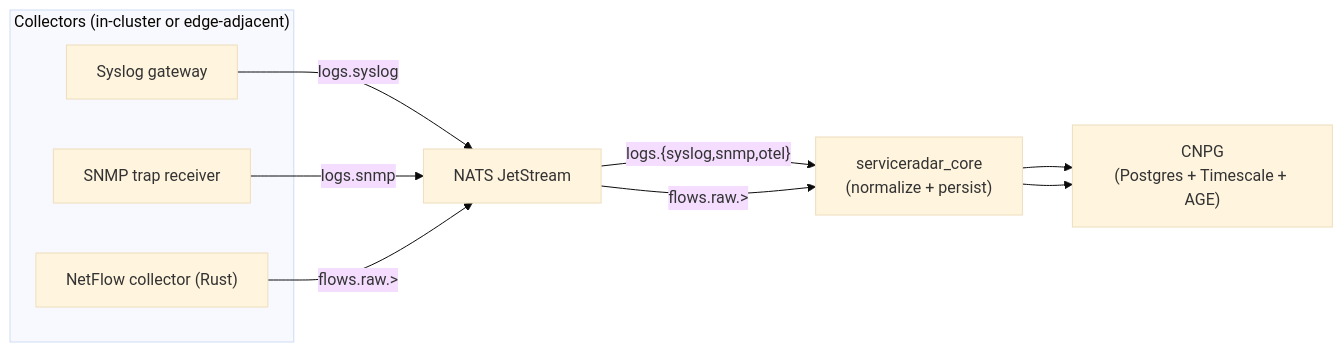
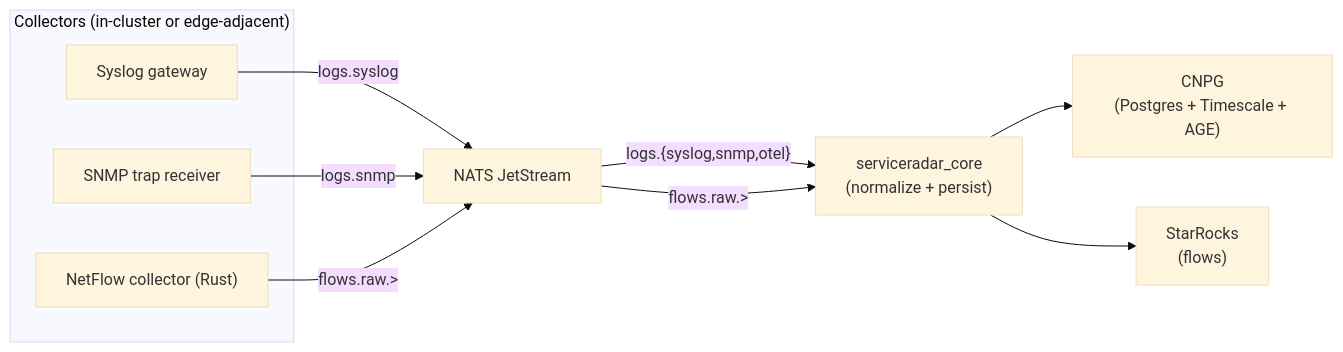
One commit to carverauto/serviceradar changed the diagram in docs/docs/data-pipeline.md. Above: the diagram before and after it, drawn with Mermaid (base theme). The commit also changed other lines of this file and 8 other files, not shown here.

````diff
--- a/docs/docs/data-pipeline.md
+++ b/docs/docs/data-pipeline.md
@@ -18,21 +18,23 @@
 ```mermaid
 flowchart LR
   subgraph Collectors["Collectors (in-cluster or edge-adjacent)"]
     Syslog["Syslog gateway"]
     Netflow["NetFlow collector (Rust)"]
     Trapd["SNMP trap receiver"]
   end
 
   NATS["NATS JetStream"]
 
   Core["serviceradar_core\n(normalize + persist)"]
 
   CNPG["CNPG\n(Postgres + Timescale + AGE)"]
 
+  Warehouse["StarRocks\n(flows)"]
+
   Syslog -->|"logs.syslog"| NATS
   Trapd -->|"logs.snmp"| NATS
   Netflow -->|"flows.raw.>"| NATS
 
   NATS -->|"logs.{syslog,snmp,otel}"| Core --> CNPG
-  NATS -->|"flows.raw.>"| Core --> CNPG
+  NATS -->|"flows.raw.>"| Core --> Warehouse
 ```
````
